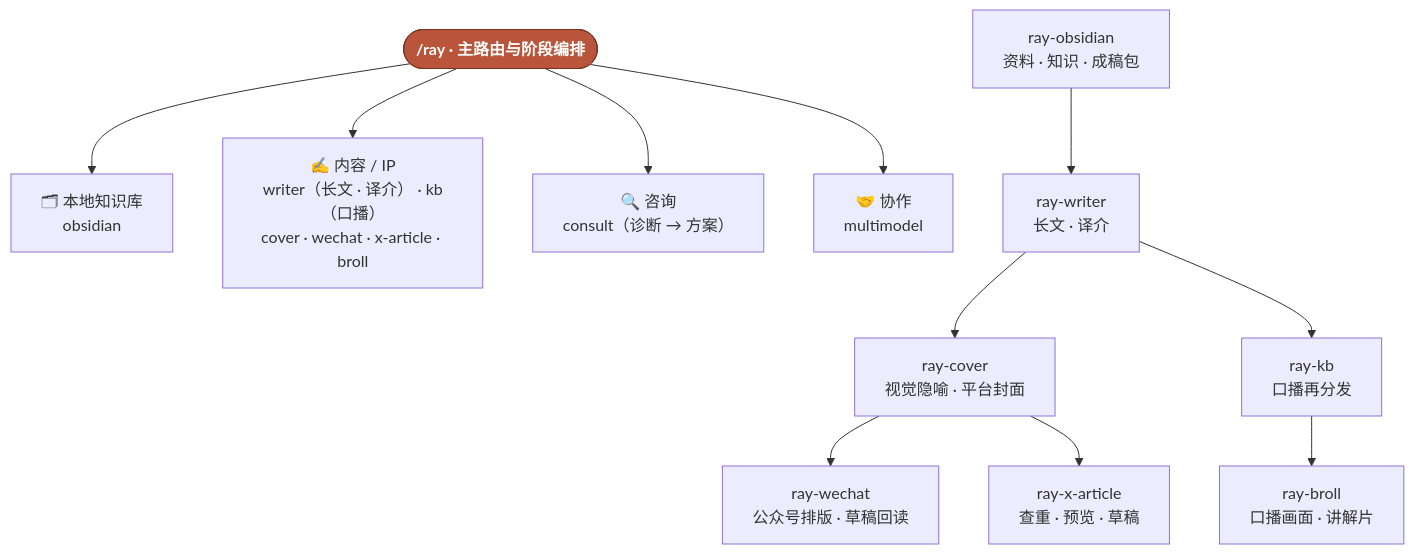
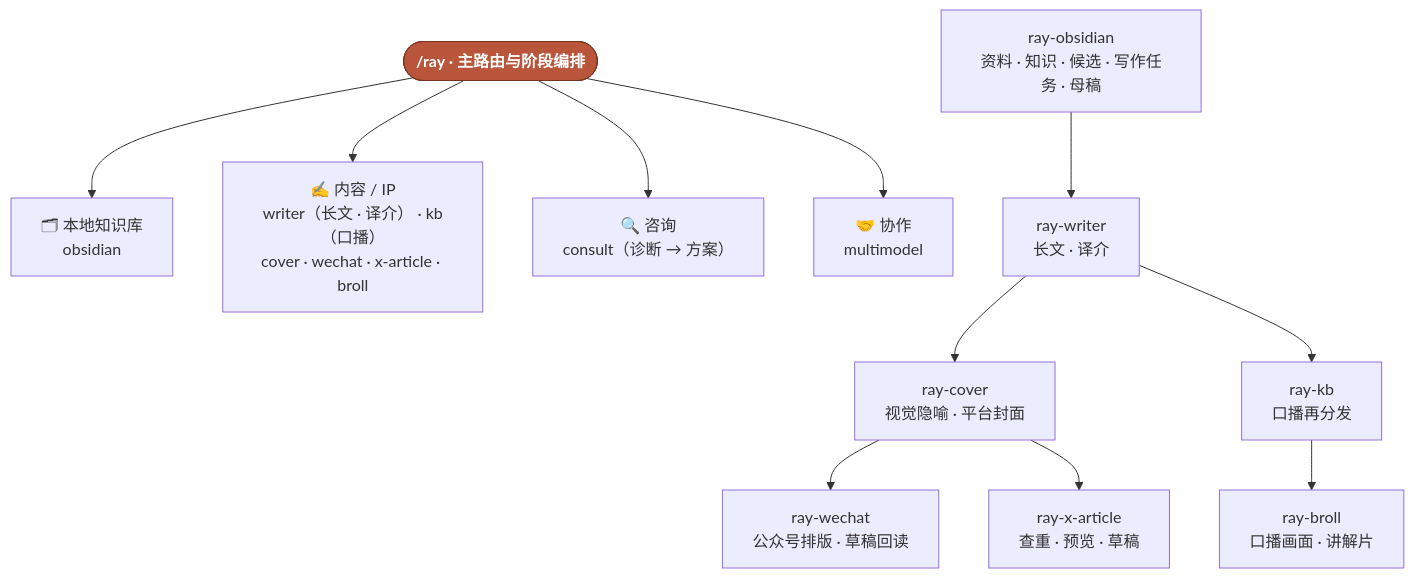
One commit to imraywang/rayskills changed the diagram in README.md. Above: the diagram before and after it, drawn with Mermaid. The commit also changed other lines of this file and 22 other files, not shown here.

Commit message:
feat(ray-obsidian): 升级到 v2 知识库结构

````diff
--- a/README.md
+++ b/README.md
@@ -66,18 +66,18 @@
 ```mermaid
 flowchart TD
     RAY(["/ray · 主路由与阶段编排"]):::hub
 
     RAY --> KNOWLEDGE["🗂 本地知识库<br/>obsidian"]
     RAY --> CONTENT["✍️ 内容 / IP<br/>writer（长文 · 译介） · kb（口播）<br/>cover · wechat · x-article · broll"]
     RAY --> CONSULT["🔍 咨询<br/>consult（诊断 → 方案）"]
     RAY --> COLLAB["🤝 协作<br/>multimodel"]
 
-    OBSIDIAN["ray-obsidian<br/>资料 · 知识 · 成稿包"] --> WRITER["ray-writer<br/>长文 · 译介"]
+    OBSIDIAN["ray-obsidian<br/>资料 · 知识 · 候选 · 写作任务 · 母稿"] --> WRITER["ray-writer<br/>长文 · 译介"]
     WRITER --> COVER["ray-cover<br/>视觉隐喻 · 平台封面"]
     WRITER --> KB["ray-kb<br/>口播再分发"]
     KB --> BROLL["ray-broll<br/>口播画面 · 讲解片"]
     COVER --> WECHAT["ray-wechat<br/>公众号排版 · 草稿回读"]
     COVER --> XARTICLE["ray-x-article<br/>查重 · 预览 · 草稿"]
 
     classDef hub fill:#b8553a,stroke:#7a3320,color:#fff,font-weight:bold;
 ```
````
